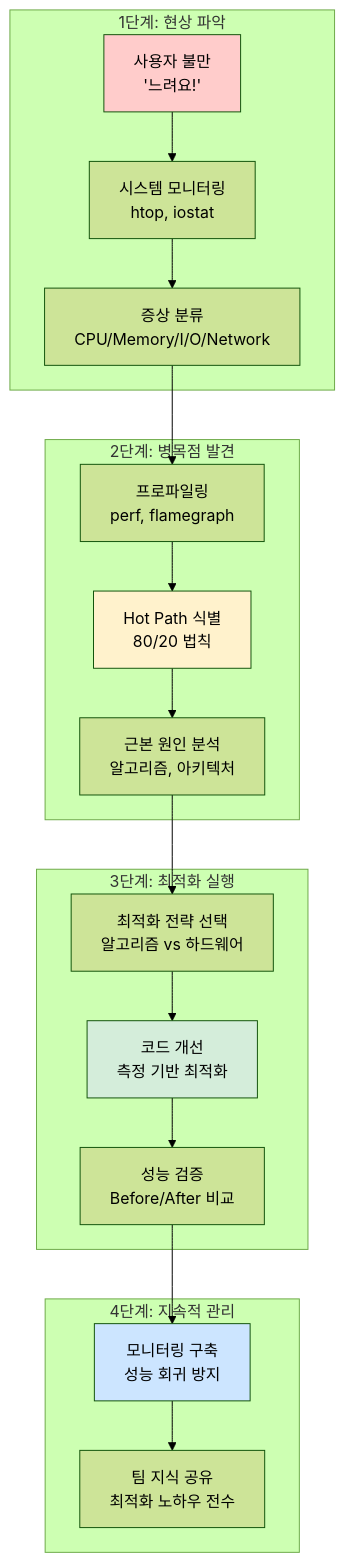
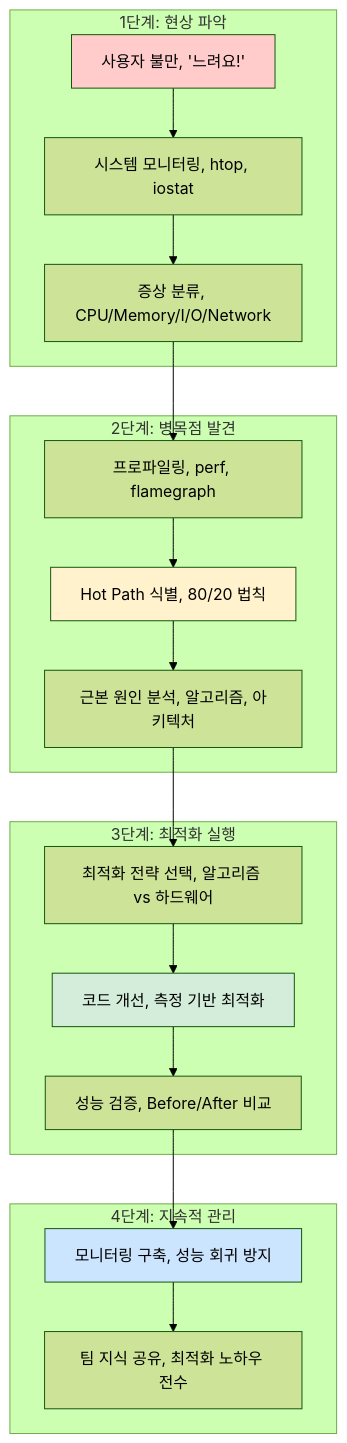
One commit to choru-k/choru-wiki changed the first of 2 diagrams in docs/cs/guide/chapter-11-performance-optimization/index.md. Above: the diagram before and after it, drawn with Mermaid (forest theme). The commit also changed other lines of this file and 9 other files, not shown here.

````diff
--- a/docs/cs/guide/chapter-11-performance-optimization/index.md
+++ b/docs/cs/guide/chapter-11-performance-optimization/index.md
@@ -95,29 +95,29 @@
 ```mermaid
 graph TD
     subgraph "1단계: 현상 파악"
-        A[사용자 불만<br/>'느려요!'] --> B[시스템 모니터링<br/>htop, iostat]
-        B --> C[증상 분류<br/>CPU/Memory/I/O/Network]
+        A[사용자 불만, '느려요!'] --> B[시스템 모니터링, htop, iostat]
+        B --> C[증상 분류, CPU/Memory/I/O/Network]
     end
     
     subgraph "2단계: 병목점 발견" 
-        C --> D[프로파일링<br/>perf, flamegraph]
-        D --> E[Hot Path 식별<br/>80/20 법칙]
-        E --> F[근본 원인 분석<br/>알고리즘, 아키텍처]
+        C --> D[프로파일링, perf, flamegraph]
+        D --> E[Hot Path 식별, 80/20 법칙]
+        E --> F[근본 원인 분석, 알고리즘, 아키텍처]
     end
     
     subgraph "3단계: 최적화 실행"
-        F --> G[최적화 전략 선택<br/>알고리즘 vs 하드웨어]
-        G --> H[코드 개선<br/>측정 기반 최적화]  
-        H --> I[성능 검증<br/>Before/After 비교]
+        F --> G[최적화 전략 선택, 알고리즘 vs 하드웨어]
+        G --> H[코드 개선, 측정 기반 최적화]  
+        H --> I[성능 검증, Before/After 비교]
     end
     
     subgraph "4단계: 지속적 관리"
-        I --> J[모니터링 구축<br/>성능 회귀 방지]
-        J --> K[팀 지식 공유<br/>최적화 노하우 전수]
+        I --> J[모니터링 구축, 성능 회귀 방지]
+        J --> K[팀 지식 공유, 최적화 노하우 전수]
     end
     
     style A fill:#ffcccb
     style E fill:#fff2cc  
     style H fill:#d4edda
     style J fill:#cce5ff
 ```
````
